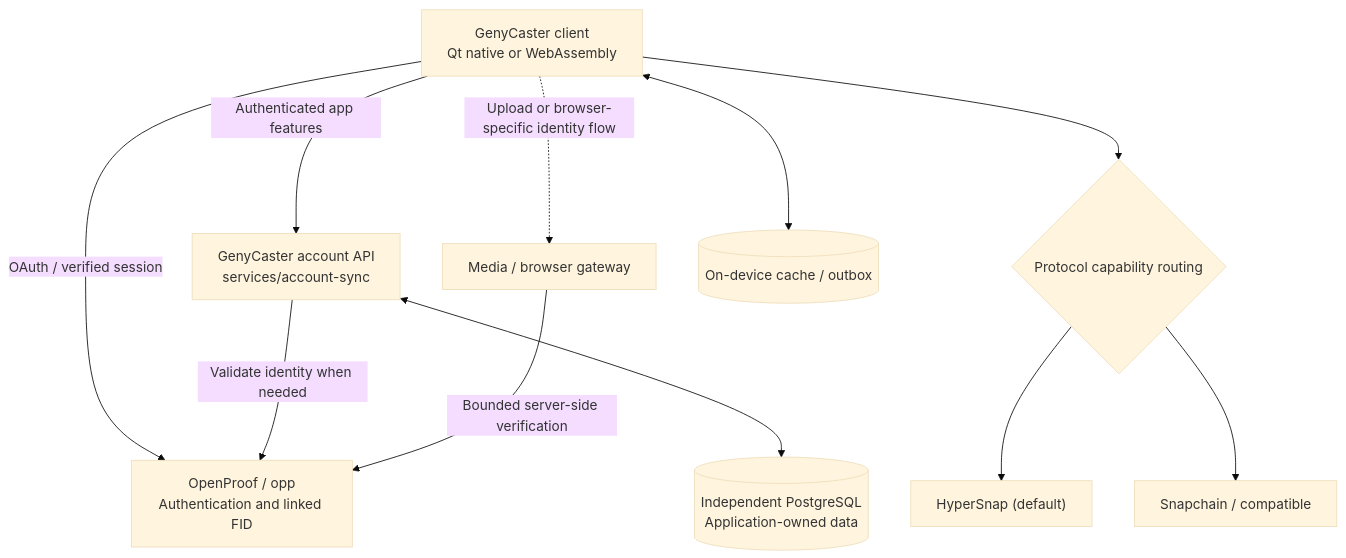
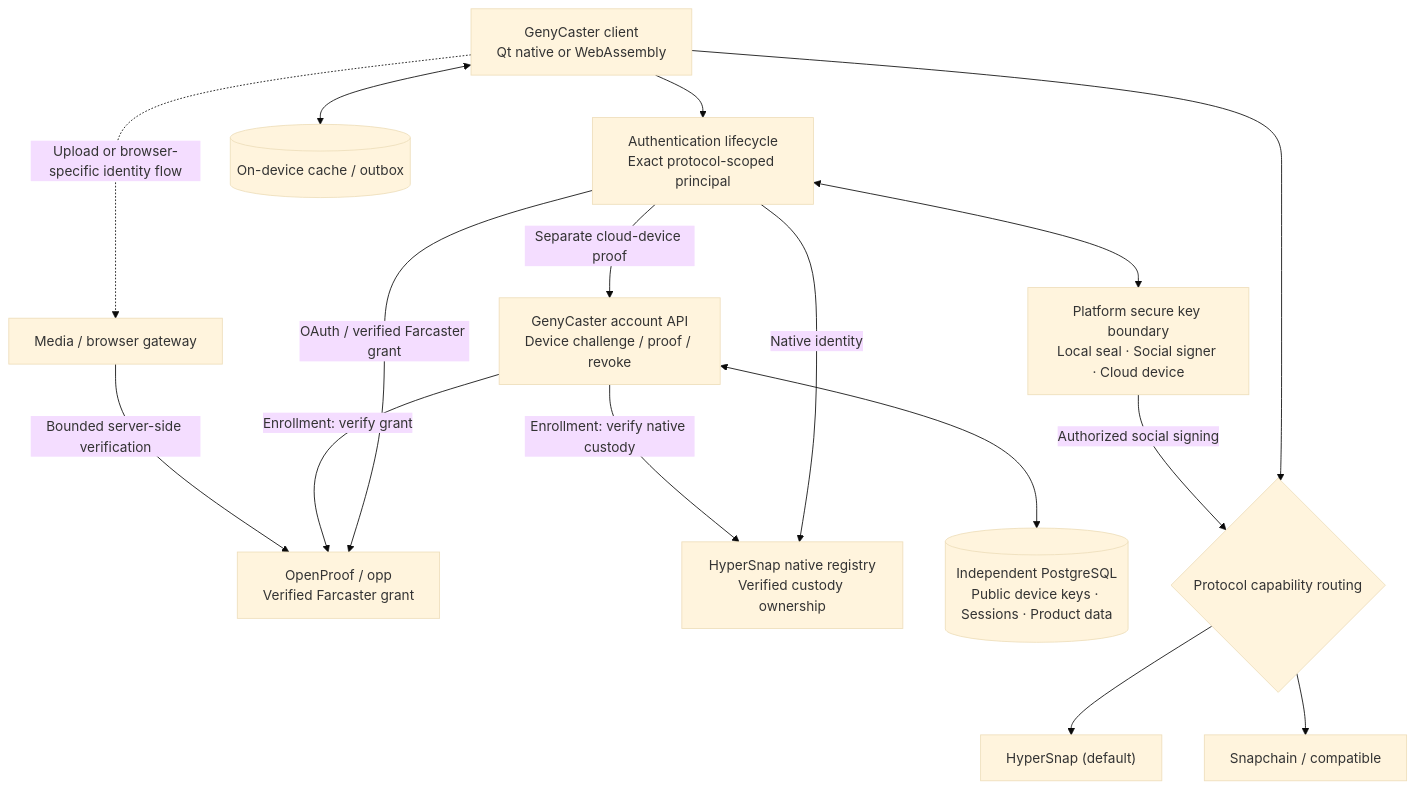
One commit to genyleap/genycaster changed the diagram in docs/OPENPROOF_AND_SERVICES.md. Above: the diagram before and after it, drawn with Mermaid (base theme). The commit also changed other lines of this file and 15 other files, not shown here.

Commit message:
Document independent authentication authorities and security rollout [skip ci]

````diff
--- a/docs/OPENPROOF_AND_SERVICES.md
+++ b/docs/OPENPROOF_AND_SERVICES.md
@@ -180,23 +187,31 @@
 ```mermaid
 flowchart TB
     UI["GenyCaster client<br/>Qt native or WebAssembly"]
-    AUTH["OpenProof / opp<br/>Authentication and linked FID"]
-    ACCT["GenyCaster account API<br/>services/account-sync"]
-    PG[("Independent PostgreSQL<br/>Application-owned data")]
+    LIFE["Authentication lifecycle<br/>Exact protocol-scoped principal"]
+    AUTH["OpenProof / opp<br/>Verified Farcaster grant"]
+    NATIVE["HyperSnap native registry<br/>Verified custody ownership"]
+    VAULT["Platform secure key boundary<br/>Local seal · Social signer · Cloud device"]
+    ACCT["GenyCaster account API<br/>Device challenge / proof / revoke"]
+    PG[("Independent PostgreSQL<br/>Public device keys · Sessions · Product data")]
     GATE["Media / browser gateway"]
     ROUTE{"Protocol capability routing"}
     H["HyperSnap (default)"]
     S["Snapchain / compatible"]
     LOCAL[("On-device cache / outbox")]
 
-    UI -->|"OAuth / verified session"| AUTH
-    UI -->|"Authenticated app features"| ACCT
-    ACCT -->|"Validate identity when needed"| AUTH
+    UI --> LIFE
+    LIFE -->|"OAuth / verified Farcaster grant"| AUTH
+    LIFE -->|"Native identity"| NATIVE
+    LIFE <--> VAULT
+    LIFE -->|"Separate cloud-device proof"| ACCT
+    ACCT -->|"Enrollment: verify grant"| AUTH
+    ACCT -->|"Enrollment: verify native custody"| NATIVE
     ACCT <--> PG
     UI -.->|"Upload or browser-specific identity flow"| GATE
     GATE -->|"Bounded server-side verification"| AUTH
     UI <--> LOCAL
     UI --> ROUTE
+    VAULT -->|"Authorized social signing"| ROUTE
     ROUTE --> H
     ROUTE --> S
 ```
````
